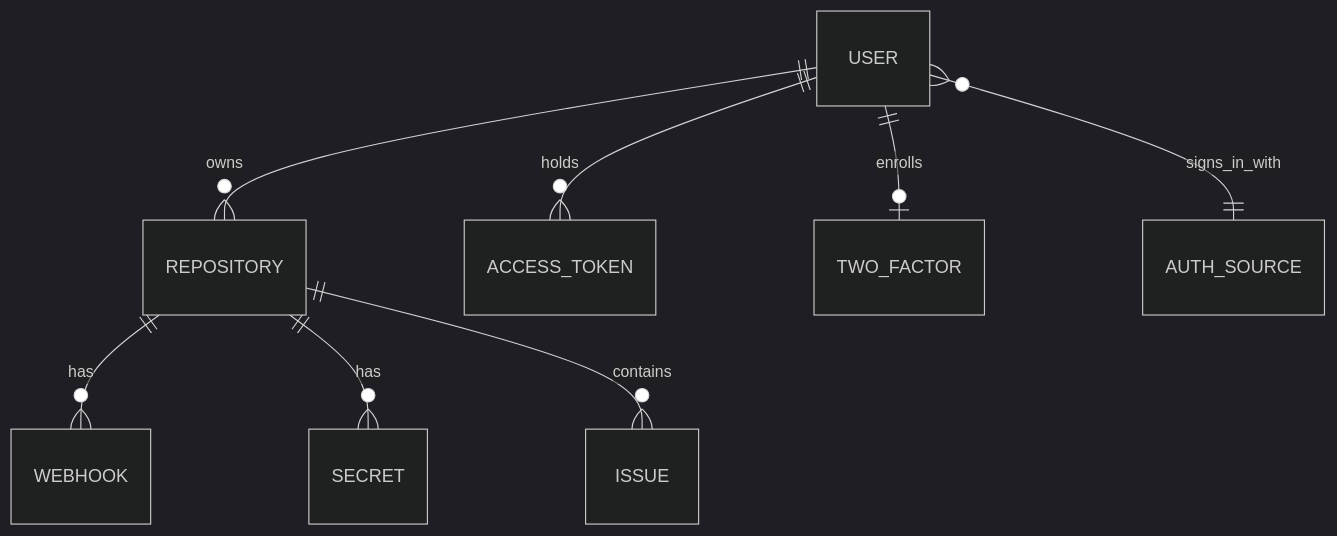
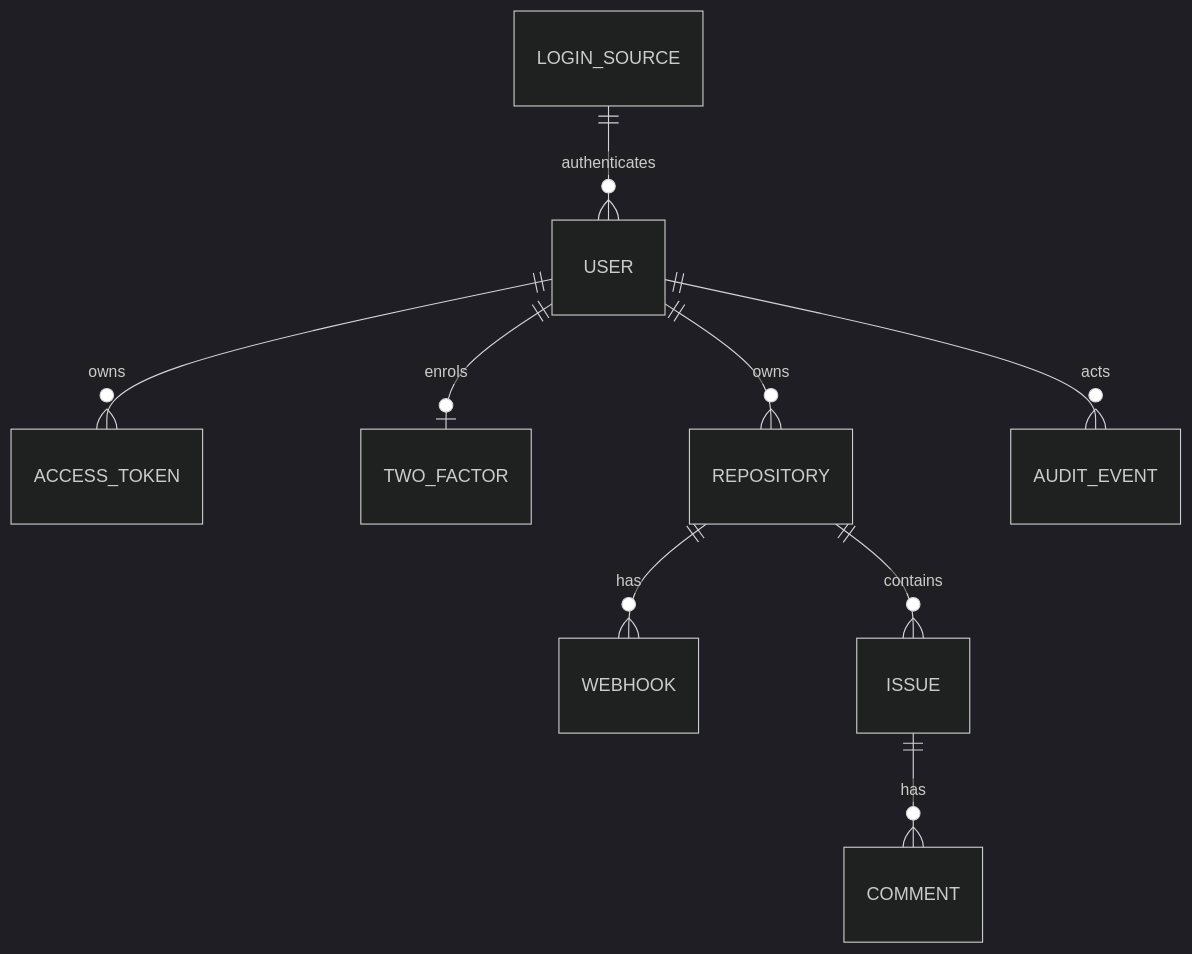
One commit to HeWhoRoams/AppDoc changed the fifth of 5 diagrams in examples/current/gitea/application-documentation.md. Above: the diagram before and after it, drawn with Mermaid (dark theme). The commit also changed other lines of this file and 64 other files, not shown here.

````diff
--- a/examples/current/gitea/application-documentation.md
+++ b/examples/current/gitea/application-documentation.md
@@ -783,10 +730,11 @@
 ```mermaid
 erDiagram
+  USER ||--o{ ACCESS_TOKEN : owns
+  USER ||--o| TWO_FACTOR : enrols
   USER ||--o{ REPOSITORY : owns
-  USER ||--o{ ACCESS_TOKEN : holds
-  USER ||--o| TWO_FACTOR : enrolls
-  USER }o--|| AUTH_SOURCE : signs_in_with
   REPOSITORY ||--o{ WEBHOOK : has
-  REPOSITORY ||--o{ SECRET : has
   REPOSITORY ||--o{ ISSUE : contains
+  ISSUE ||--o{ COMMENT : has
+  USER ||--o{ AUDIT_EVENT : acts
+  LOGIN_SOURCE ||--o{ USER : authenticates
 ```
````
